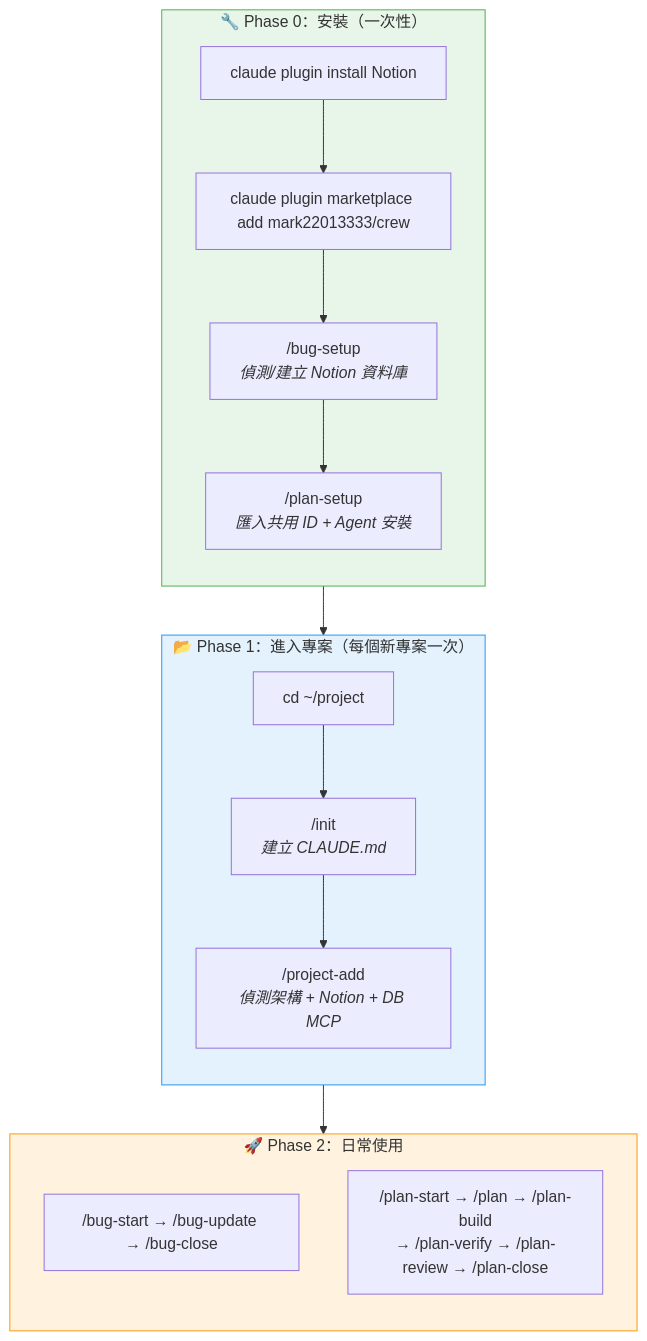
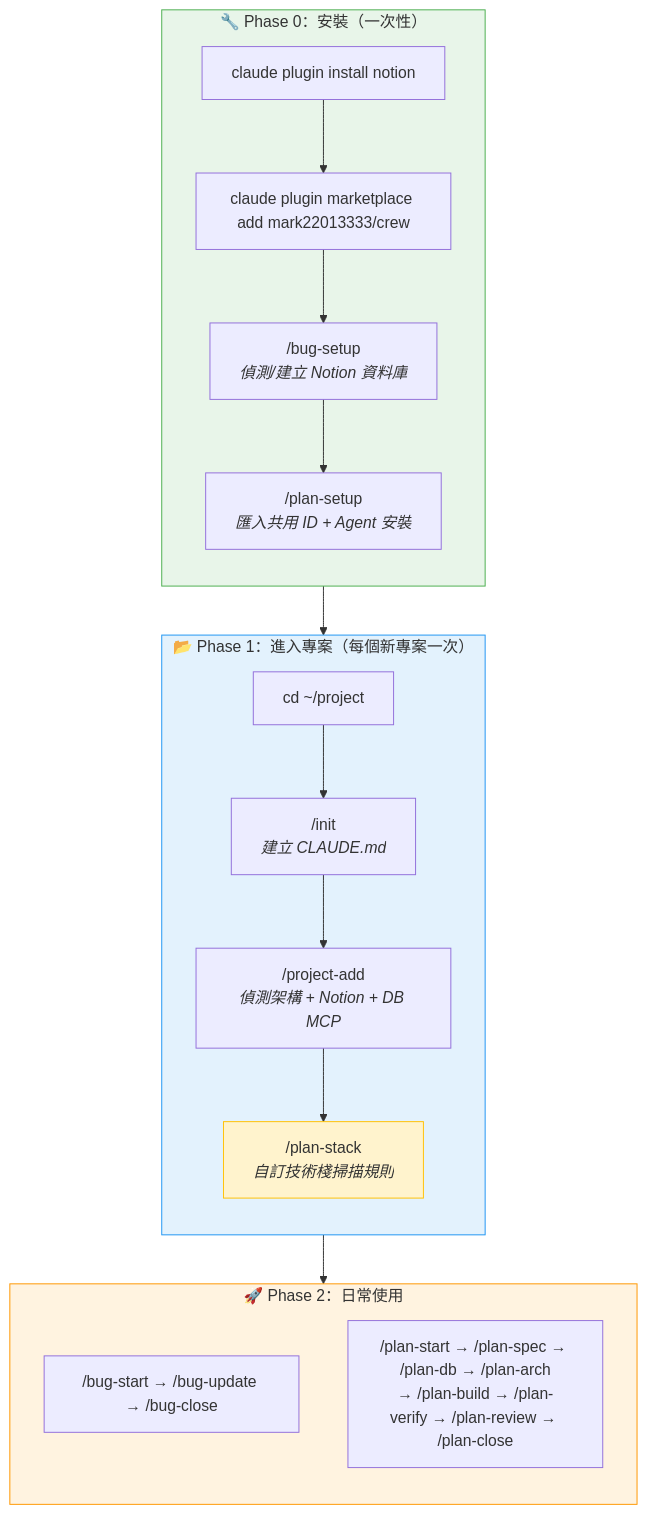
Before and after one commit to mark22013333/crew: the first of 4 diagrams in README.md, drawn with Mermaid. The commit also changed other lines of this file and 19 other files, not shown here.

````diff
--- a/README.md
+++ b/README.md
@@ -28,31 +28,34 @@
 ```mermaid
 flowchart TD
     subgraph Phase0["🔧 Phase 0：安裝（一次性）"]
         direction TB
-        notion["claude plugin install Notion"]
+        notion["claude plugin install notion"]
         crew["claude plugin marketplace add mark22013333/crew"]
         setup_bug["/bug-setup<br/><i>偵測/建立 Notion 資料庫</i>"]
         setup_plan["/plan-setup<br/><i>匯入共用 ID + Agent 安裝</i>"]
         notion --> crew --> setup_bug --> setup_plan
     end
 
     subgraph Phase1["📂 Phase 1：進入專案（每個新專案一次）"]
         direction TB
         cd["cd ~/project"]
         init["/init<br/><i>建立 CLAUDE.md</i>"]
         projAdd["/project-add<br/><i>偵測架構 + Notion + DB MCP</i>"]
-        cd --> init --> projAdd
+        stack["/plan-stack<br/><i>自訂技術棧掃描規則</i>"]
+        cd --> init --> projAdd --> stack
+
+        style stack fill:#fff3cd,stroke:#ffc107
     end
 
     subgraph Phase2["🚀 Phase 2：日常使用"]
         direction TB
         bugFlow["/bug-start → /bug-update → /bug-close"]
-        planFlow["/plan-start → /plan → /plan-build<br/>→ /plan-verify → /plan-review → /plan-close"]
+        planFlow["/plan-start → /plan-spec → /plan-db → /plan-arch<br/>→ /plan-build → /plan-verify → /plan-review → /plan-close"]
     end
 
     Phase0 --> Phase1 --> Phase2
 
     style Phase0 fill:#e8f5e9,stroke:#4caf50
     style Phase1 fill:#e3f2fd,stroke:#2196f3
     style Phase2 fill:#fff3e0,stroke:#ff9800
 ```
````
